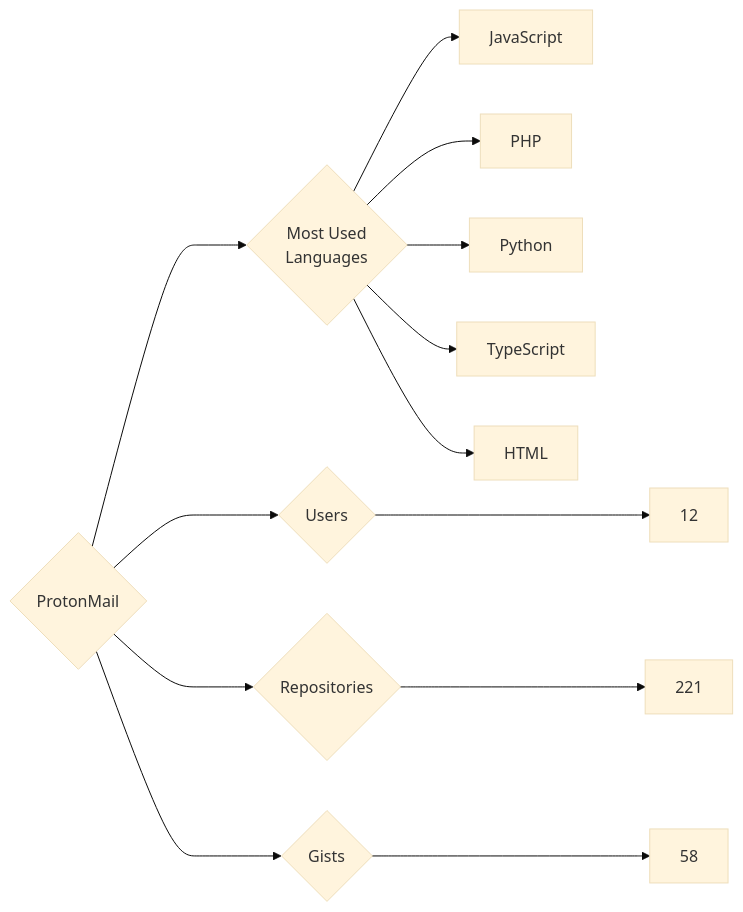
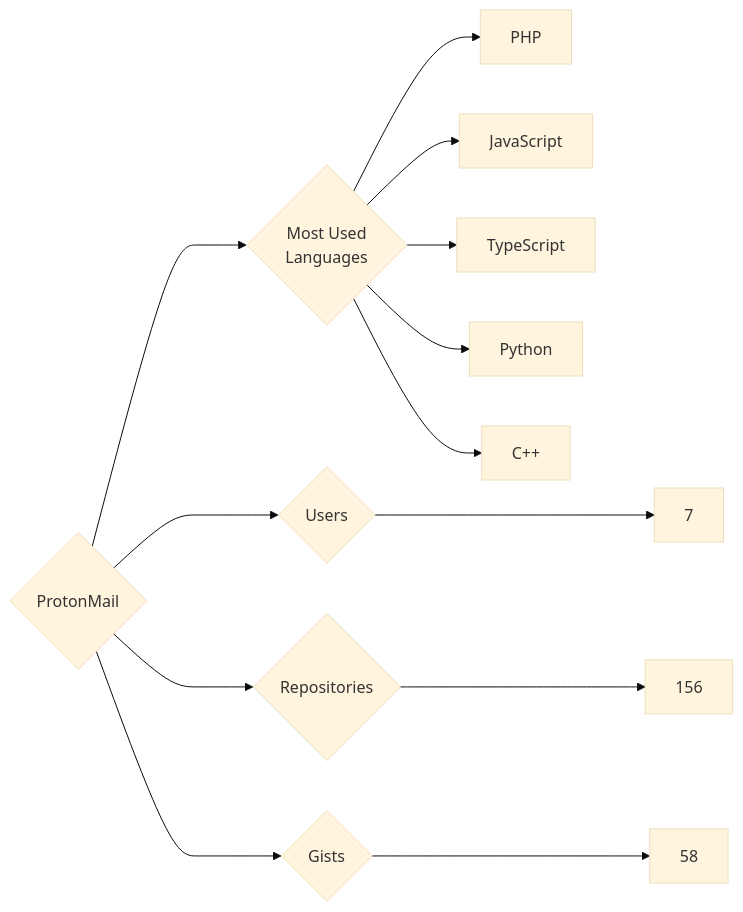
One commit to trickest/insiders changed the diagram in targets/ProtonMail/README.md. Above: the diagram before and after it, drawn with Mermaid (base theme). The commit also changed 682 other files, not shown here.

````diff
--- a/targets/ProtonMail/README.md
+++ b/targets/ProtonMail/README.md
@@ -3,13 +3,13 @@
 ```mermaid
 graph LR
 COMPANY_NAME{ProtonMail}
-COMPANY_NAME ---> U{Users} ---> UN[12]
-COMPANY_NAME ---> R{Repositories} ---> RN[221]
+COMPANY_NAME ---> U{Users} ---> UN[7]
+COMPANY_NAME ---> R{Repositories} ---> RN[156]
 COMPANY_NAME ---> G{Gists} ---> GN[58]
 COMPANY_NAME ---> ML{Most Used<br>Languages}
+ML --> PHP[PHP]
 ML --> JavaScript[JavaScript]
-ML --> PHP[PHP]
+ML --> TypeScript[TypeScript]
 ML --> Python[Python]
-ML --> TypeScript[TypeScript]
-ML --> HTML[HTML]
+ML --> C++[C++]
 ```
````
